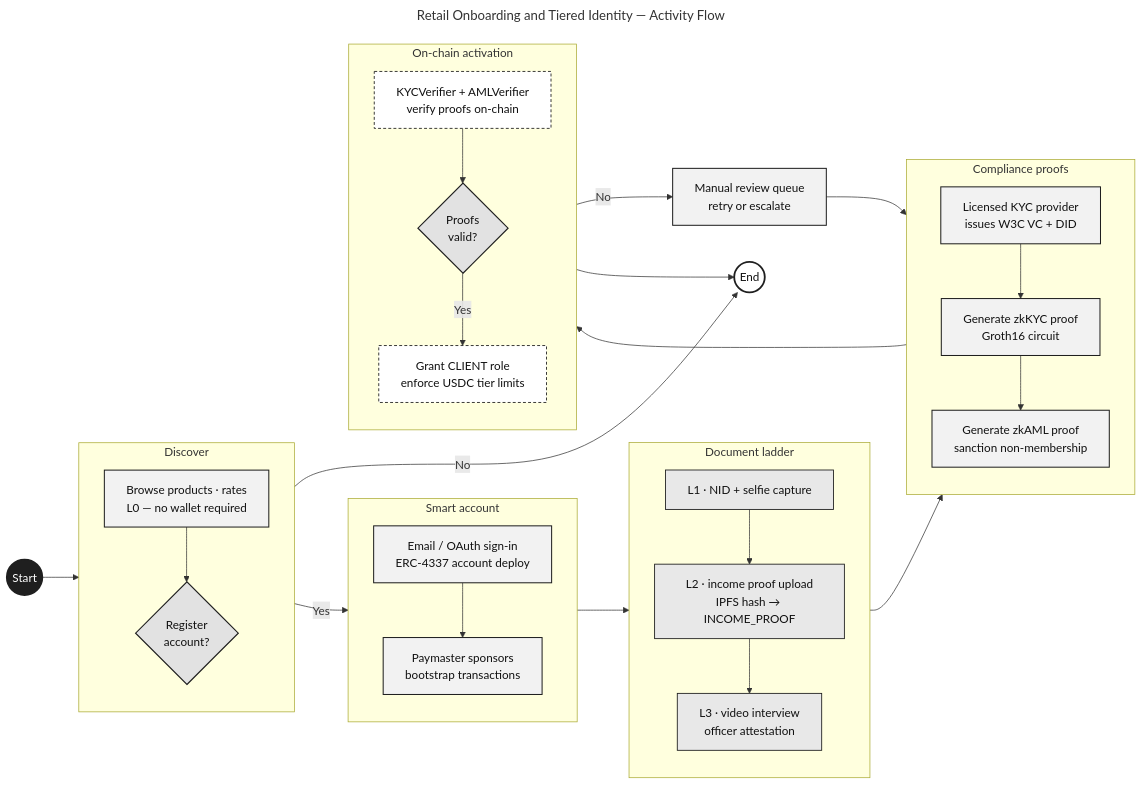
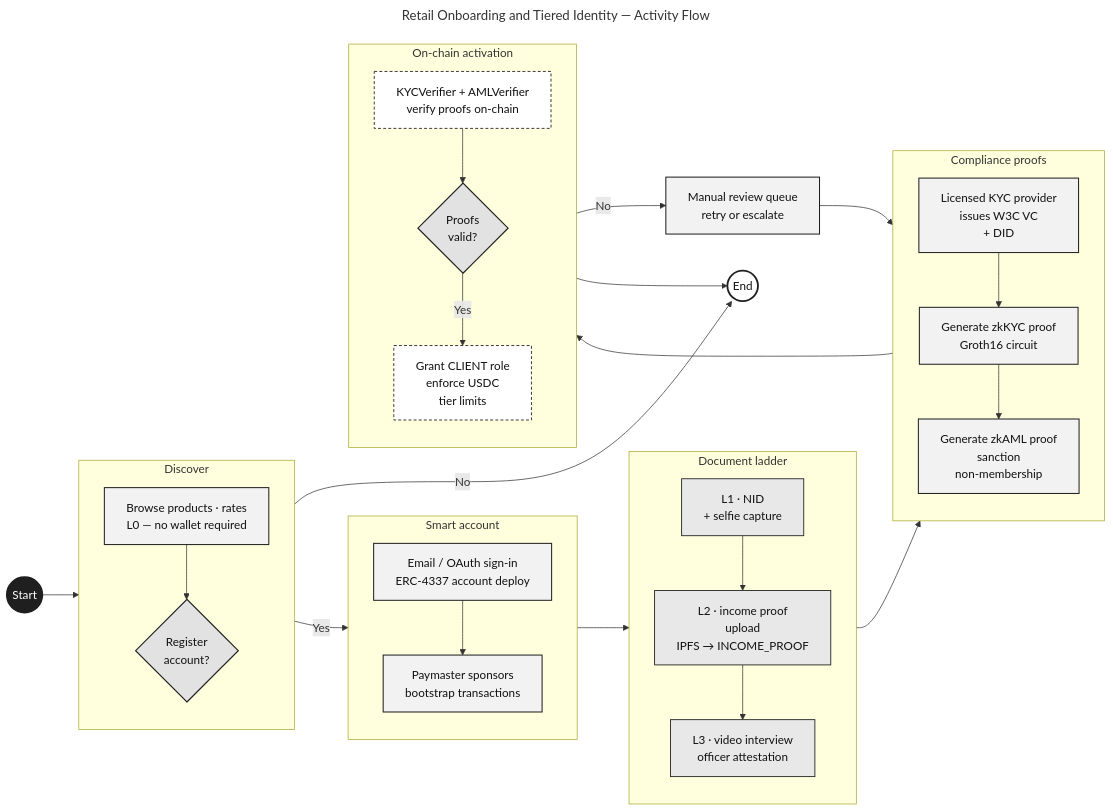
Before and after one commit to Yuvraajrahman/Cryto-World-Bank: the diagram in Documentation/Diagrams/mermaid-src/improved diagrams/fig-activity-onboarding-id.mmd, drawn with Mermaid. The commit also changed 115 other files, not shown here.

Commit message:
updated and fixed diagrams

```diff
--- a/Documentation/Diagrams/mermaid-src/improved diagrams/fig-activity-onboarding-id.mmd
+++ b/Documentation/Diagrams/mermaid-src/improved diagrams/fig-activity-onboarding-id.mmd
@@ -1,60 +1,60 @@
 ---
 title: Retail Onboarding and Tiered Identity — Activity Flow
 ---
 flowchart LR
     classDef start  fill:#1F1F1F,color:#FFFFFF,stroke:#1F1F1F,stroke-width:2.5px
     classDef finish fill:#FFFFFF,color:#111111,stroke:#1F1F1F,stroke-width:2.5px
     classDef lane   fill:#FAFAFA,stroke:#1F1F1F,stroke-width:1.6px,color:#111111
     classDef act    fill:#F2F2F2,stroke:#1F1F1F,stroke-width:1.4px,color:#111111
     classDef dec    fill:#E2E2E2,stroke:#1F1F1F,stroke-width:1.6px,color:#111111
     classDef tier   fill:#E8E8E8,stroke:#1F1F1F,stroke-width:1.2px,color:#111111
     classDef chain  fill:#FFFFFF,stroke:#1F1F1F,stroke-width:1.2px,color:#111111,stroke-dasharray:4 3
 
     S(("Start")):::start
 
     subgraph L1[" Discover "]
         direction TB
         A1["Browse products · rates<br/>L0 — no wallet required"]:::act
         A2{Register<br/>account?}:::dec
         A1 --> A2
     end
 
     subgraph L2[" Smart account "]
         direction TB
         B1["Email / OAuth sign-in<br/>ERC-4337 account deploy"]:::act
         B2["Paymaster sponsors<br/>bootstrap transactions"]:::act
         B1 --> B2
     end
 
     subgraph L3[" Document ladder "]
         direction TB
-        C1["L1 · NID + selfie capture"]:::tier
-        C2["L2 · income proof upload<br/>IPFS hash → INCOME_PROOF"]:::tier
+        C1["L1 · NID<br/>+ selfie capture"]:::tier
+        C2["L2 · income proof<br/>upload<br/>IPFS → INCOME_PROOF"]:::tier
         C3["L3 · video interview<br/>officer attestation"]:::tier
         C1 --> C2 --> C3
     end
 
     subgraph L4[" Compliance proofs "]
         direction TB
-        D1["Licensed KYC provider<br/>issues W3C VC + DID"]:::act
+        D1["Licensed KYC provider<br/>issues W3C VC<br/>+ DID"]:::act
         D2["Generate zkKYC proof<br/>Groth16 circuit"]:::act
-        D3["Generate zkAML proof<br/>sanction non-membership"]:::act
+        D3["Generate zkAML proof<br/>sanction<br/>non-membership"]:::act
         D1 --> D2 --> D3
     end
 
     subgraph L5[" On-chain activation "]
         direction TB
         E1["KYCVerifier + AMLVerifier<br/>verify proofs on-chain"]:::chain
         E2{Proofs<br/>valid?}:::dec
-        E3["Grant CLIENT role<br/>enforce USDC tier limits"]:::chain
+        E3["Grant CLIENT role<br/>enforce USDC<br/>tier limits"]:::chain
         E1 --> E2
         E2 -- "Yes" --> E3
     end
 
     EN(("End")):::finish
 
     S --> L1
     A2 -- "No" --> EN
     A2 -- "Yes" --> L2 --> L3 --> L4 --> L5
     E2 -- "No" --> R1["Manual review queue<br/>retry or escalate"]:::act --> D2
     E3 --> EN
```
